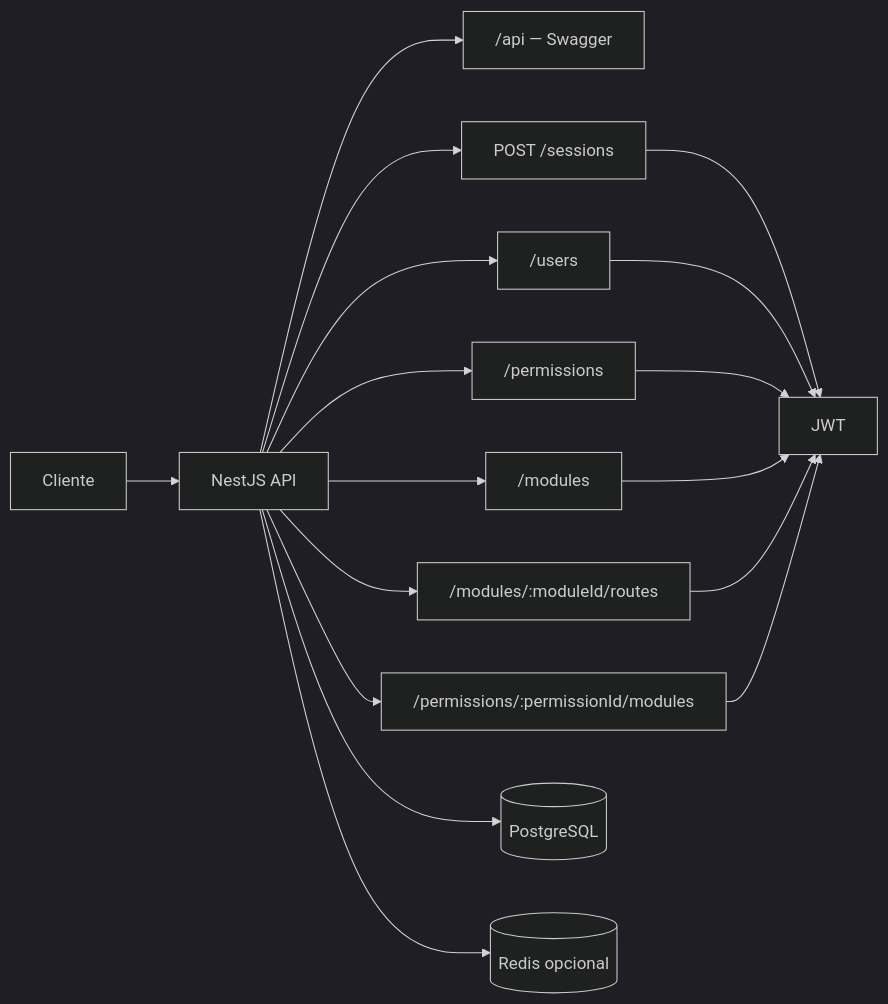
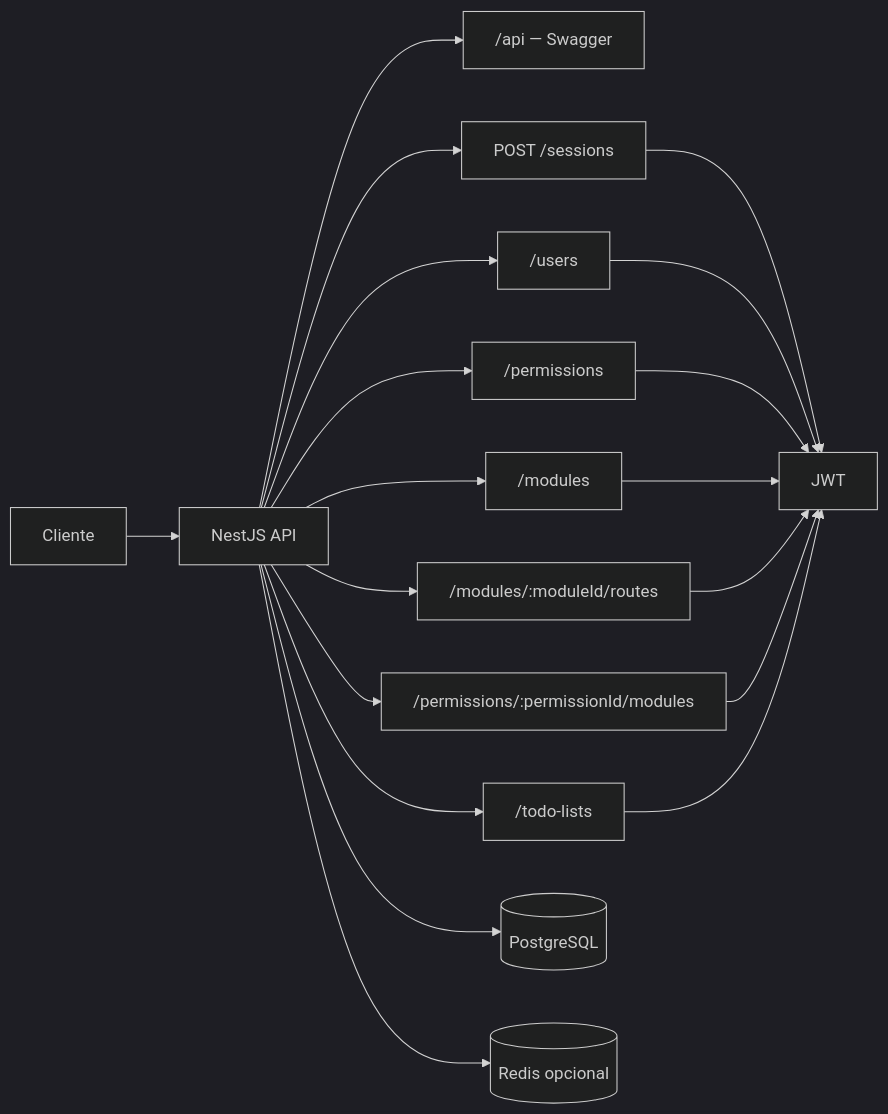
Before and after one commit to GustavoSF643/todo-list.api: the first of 4 diagrams in docs/diagrams/architecture.md, drawn with Mermaid (dark theme). The commit also changed other lines of this file and 72 other files, not shown here.

````diff
--- a/docs/diagrams/architecture.md
+++ b/docs/diagrams/architecture.md
@@ -7,19 +7,21 @@
 ```mermaid
 flowchart LR
   Client[Cliente] --> API[NestJS API]
   API --> Swagger["/api — Swagger"]
   API --> Sessions["POST /sessions"]
   API --> Users["/users"]
   API --> Permissions["/permissions"]
   API --> Modules["/modules"]
   API --> ModuleRoutes["/modules/:moduleId/routes"]
   API --> PermissionModules["/permissions/:permissionId/modules"]
+  API --> TodoLists["/todo-lists"]
   Sessions --> JWT[JWT]
   Users --> JWT
   Permissions --> JWT
   Modules --> JWT
   ModuleRoutes --> JWT
   PermissionModules --> JWT
+  TodoLists --> JWT
   API --> Postgres[(PostgreSQL)]
   API --> Redis[(Redis opcional)]
 ```
````
